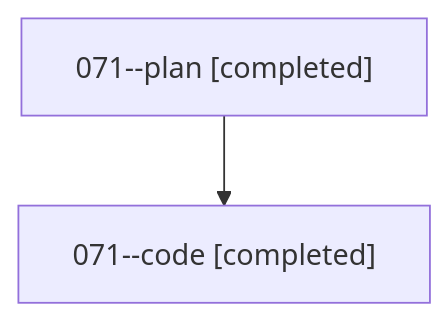
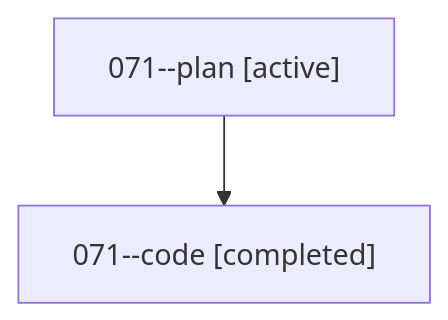
Before and after one commit to sase-org/sase--agents: the diagram in families/bbugyi200.athena.071.md, drawn with Mermaid. The commit also changed other lines of this file and 35830 other files, not shown here.

````diff
--- a/families/bbugyi200.athena.071.md
+++ b/families/bbugyi200.athena.071.md
@@ -9,6 +9,6 @@
 ```mermaid
 flowchart TD
-  n0["071--plan [completed]"]
+  n0["071--plan [active]"]
   n1["071--code [completed]"]
   n0 --> n1
 ```
````
